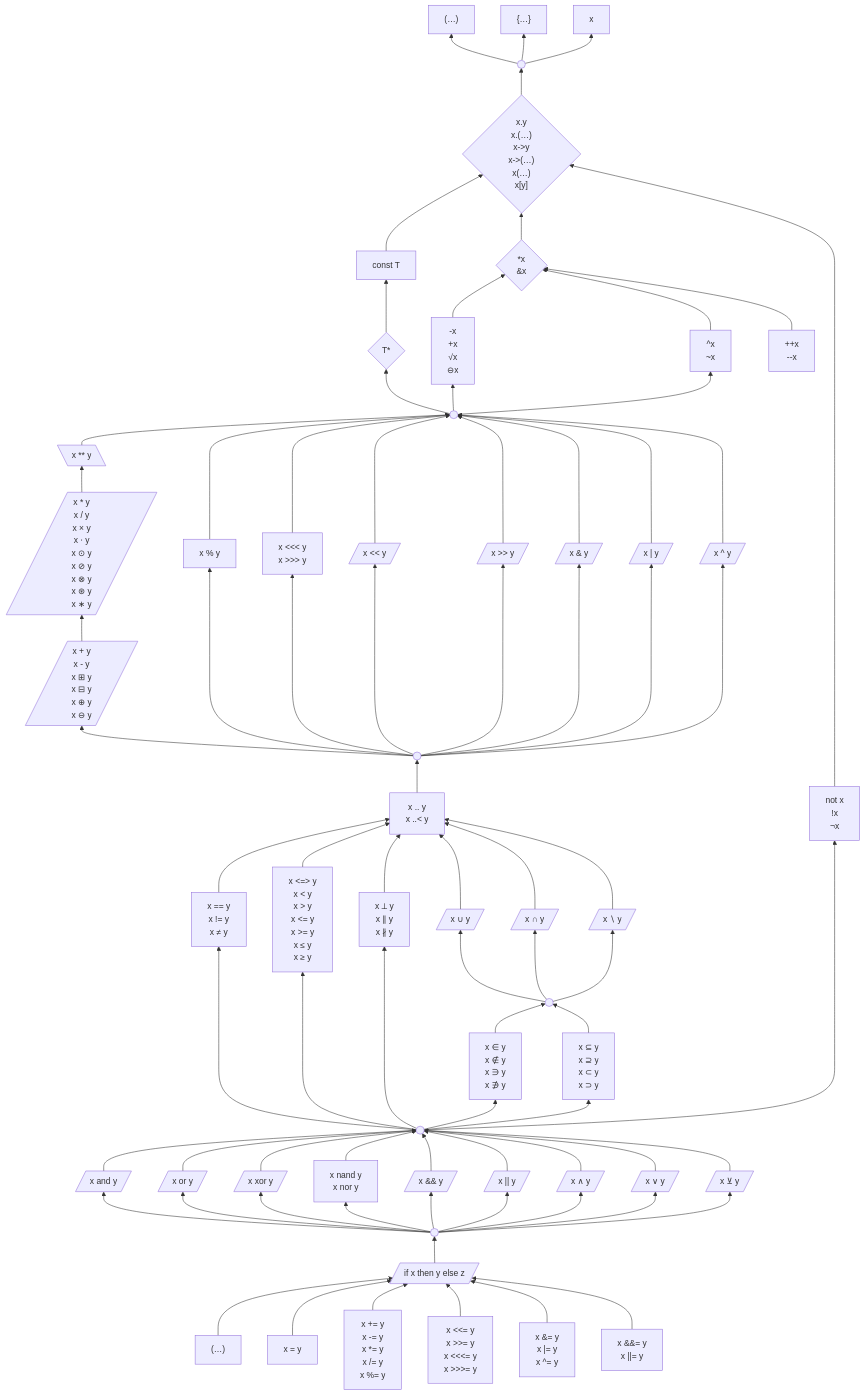
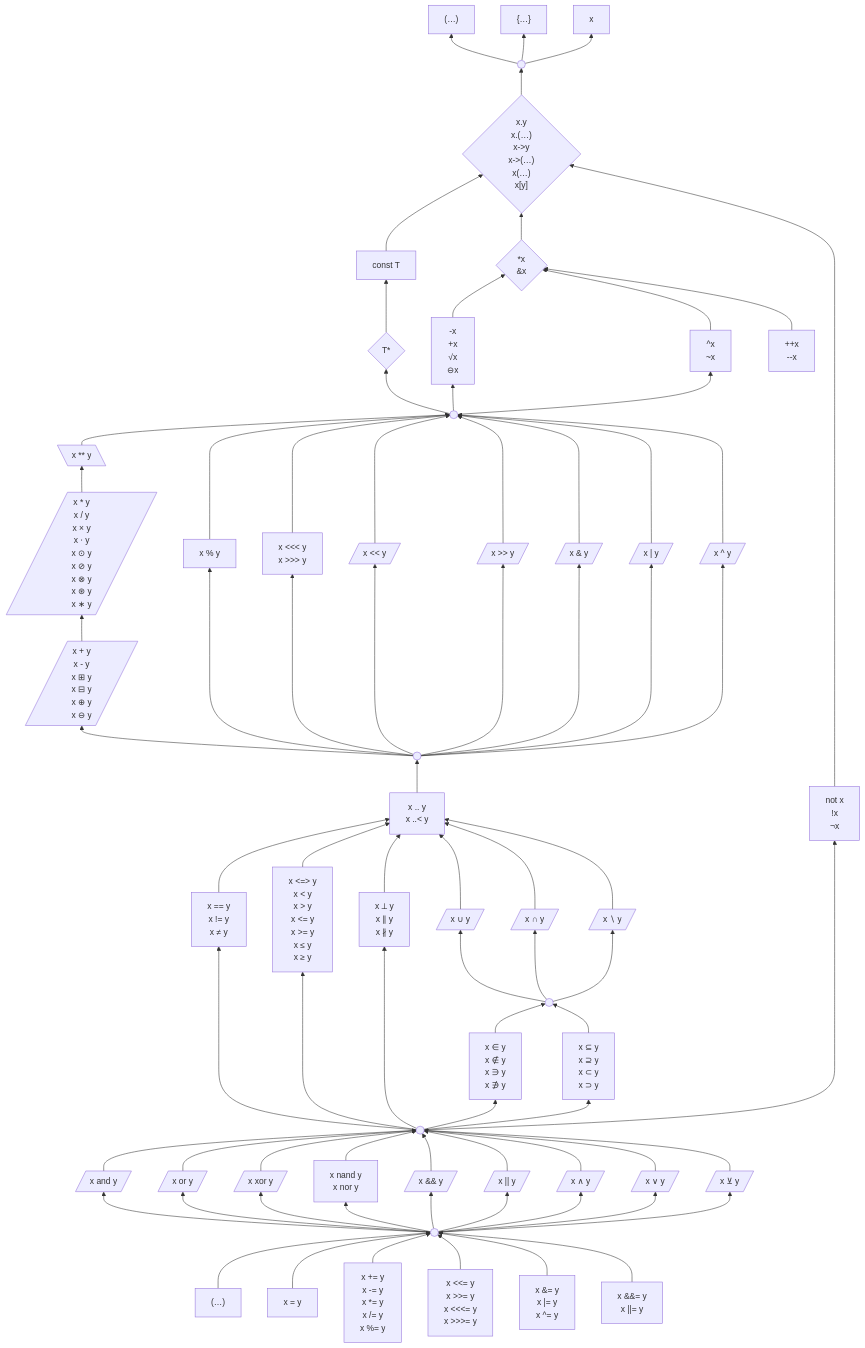
Before and after one commit to laro/Cilia: the first of 2 diagrams in 6 .../2 Unfinished Ideas.md, drawn with Mermaid.

Commit message:
Update 2 Unfinished Ideas.md

```diff
--- a/6 .../2 Unfinished Ideas.md
+++ b/6 .../2 Unfinished Ideas.md
@@ -333,11 +333,8 @@
     logicalExpression --> and & or & xor & nandNor & andAmp & orAmp & andSym & orSym & xorSym
     logicalExpression((" "))
 
-    ifThenElse --> logicalExpression
-    ifThenElse[/"if x then y else z"/]
 
-
-    insideParens & assignPlain & assignArithmetic & assignShift & assignBitwise & assignLogical --> ifThenElse
+    insideParens & assignPlain & assignArithmetic & assignShift & assignBitwise & assignLogical --> logicalExpression
     insideParens["(…)"]
     assignPlain["x = y"]
     assignArithmetic["x += y
```
